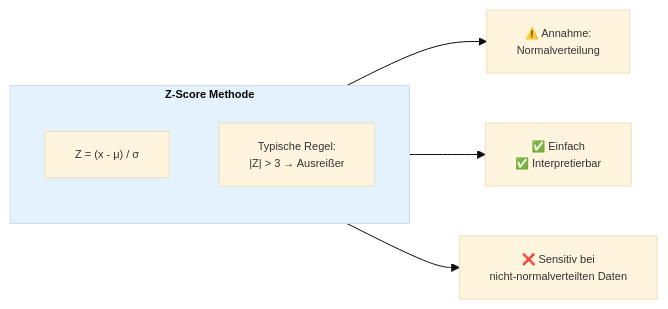
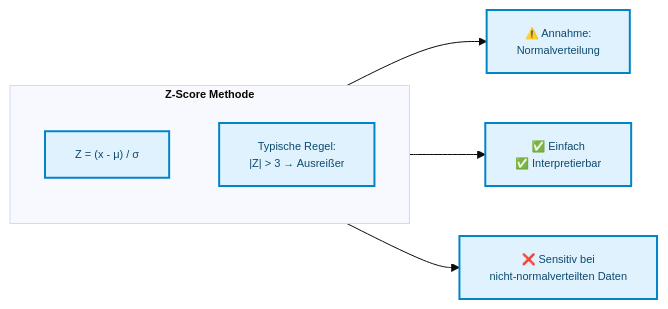
One commit to ralf-42/ML_Intro changed the third of 7 diagrams in docs/concepts/prepare/outlier.md. Above: the diagram before and after it, drawn with Mermaid. The commit also changed other lines of this file and 67 other files, not shown here.

````diff
--- a/docs/concepts/prepare/outlier.md
+++ b/docs/concepts/prepare/outlier.md
@@ -116,15 +115,15 @@
 ```mermaid
 %%{init: {'theme': 'base', 'themeVariables': {'fontSize': '11px'}}}%%
 flowchart LR
     subgraph zscore["<b>Z-Score Methode"]
         direction TB
         formel["Z = (x - μ) / σ"]
         regel["Typische Regel:<br/>|Z| > 3 → Ausreißer"]
     end
 
     formel --> annahme["⚠️ Annahme:<br/>Normalverteilung"]
     regel --> vorteil["✅ Einfach<br/>✅ Interpretierbar"]
     regel --> nachteil["❌ Sensitiv bei<br/>nicht-normalverteilten Daten"]
 
-    style zscore fill:#e3f2fd
+classDef default fill:#e0f2fe,stroke:#0284c7,stroke-width:2px,color:#0c4a6e;
 ```
````
